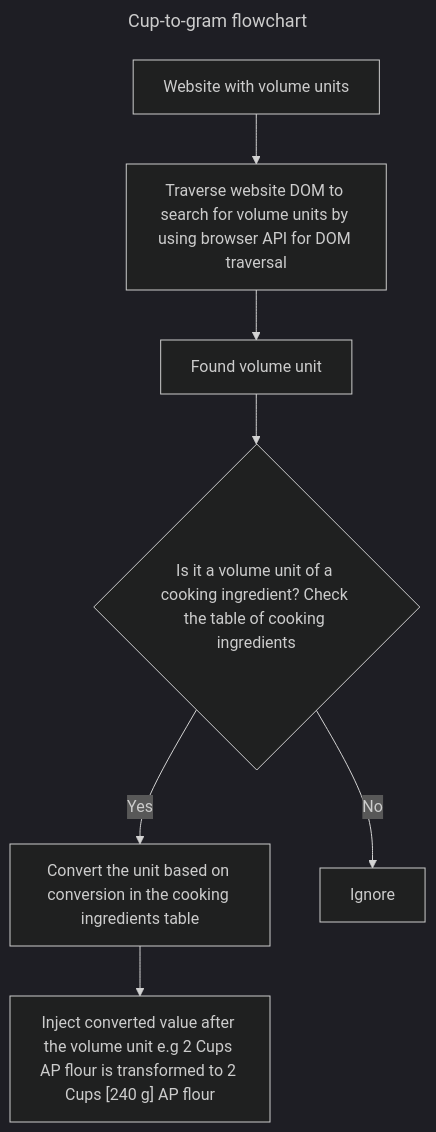
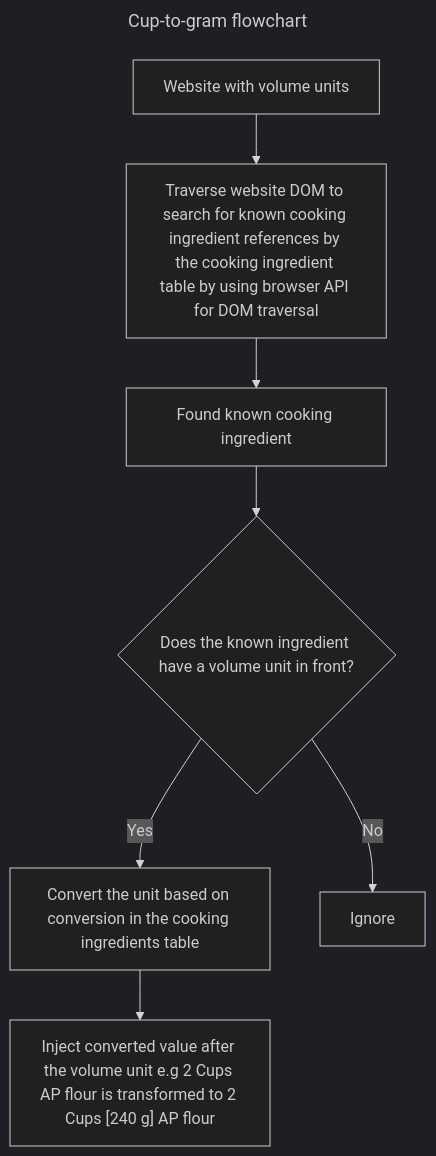
One commit to JacobMu/cup-to-gram changed the diagram in README.md. Above: the diagram before and after it, drawn with Mermaid (dark theme). The commit also changed other lines of this file and 11 other files, not shown here.

````diff
--- a/README.md
+++ b/README.md
@@ -26,13 +28,13 @@
 ```mermaid
 ---
 title: Cup-to-gram flowchart
 ---
 flowchart TD;
     A[Website with volume units] --> B;
-    B[Traverse website DOM to search for volume units by using browser API for DOM traversal] --> C;
-    C[Found volume unit] --> D{Is it a volume unit of a cooking ingredient? Check the table of cooking ingredients};
+    B[Traverse website DOM to search for known cooking ingredient references by the cooking ingredient table by using browser API for DOM traversal] --> C;
+    C[Found known cooking ingredient] --> D{Does the known ingredient have a volume unit in front?};
     D --> | Yes | E;
     D --> | No | F[Ignore];
     E[Convert the unit based on conversion in the cooking ingredients table] --> G;
     G["`Inject converted value after the volume unit e.g 2 Cups AP flour is transformed to 2 Cups [240 g] AP flour`"]
 ```
````
